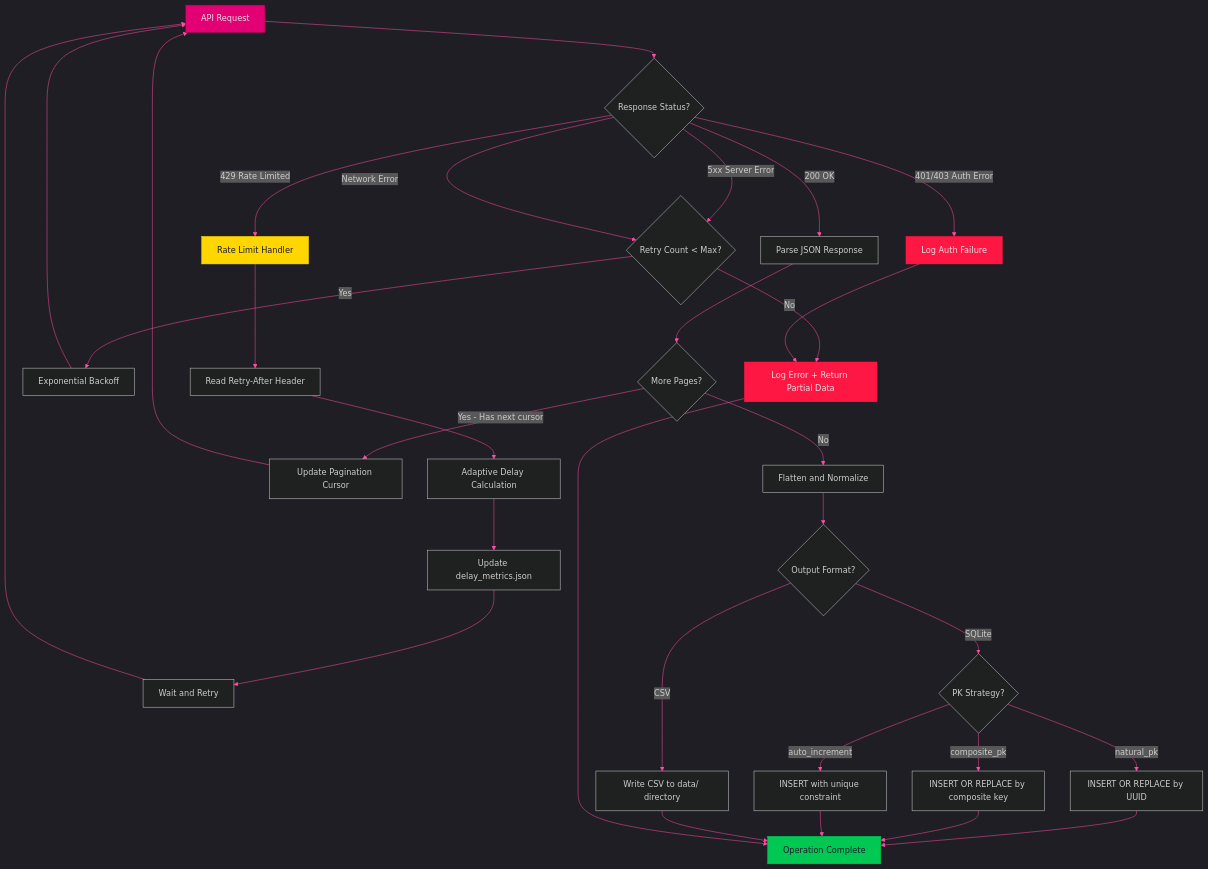
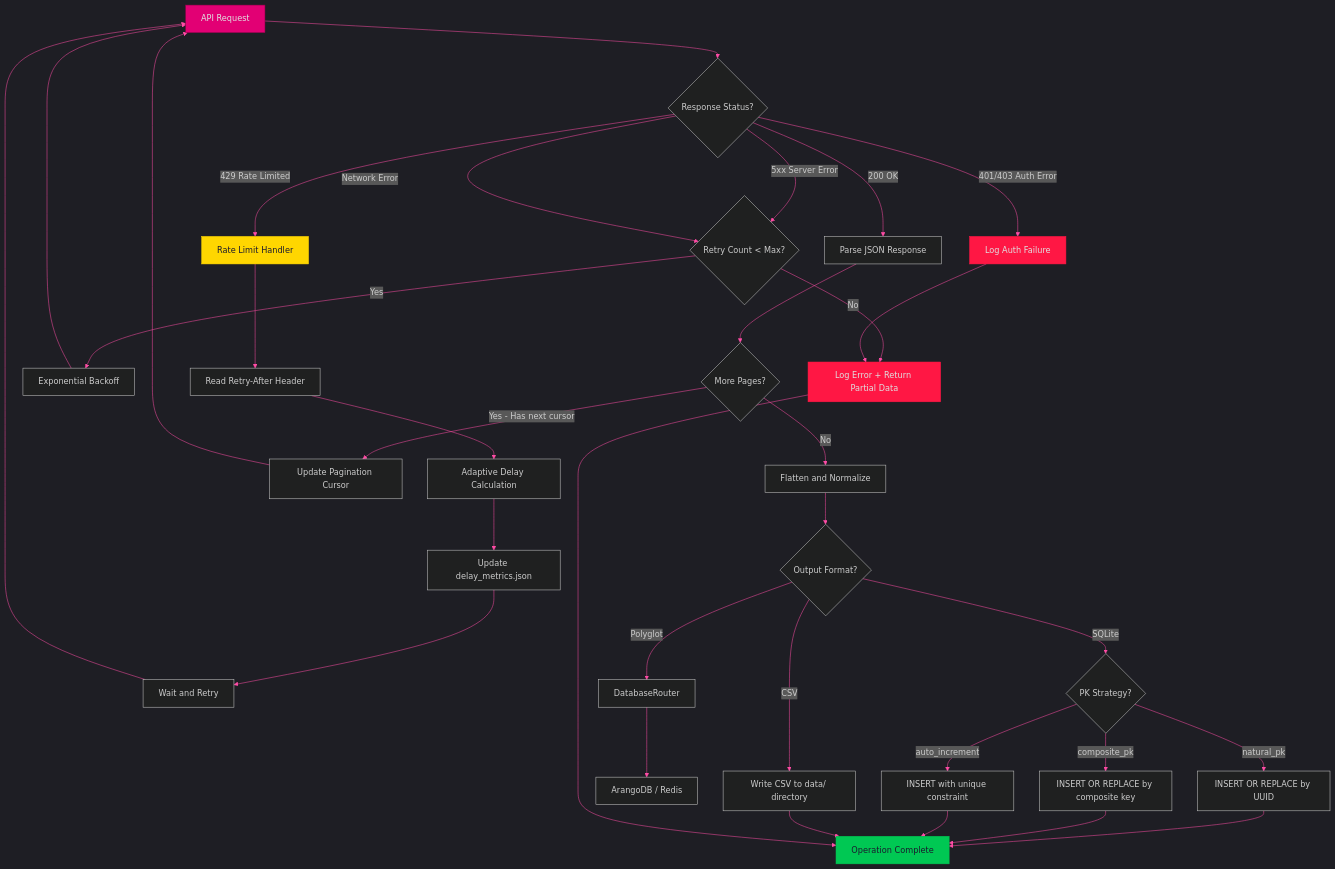
The second of 2 diagrams in documentation/diagrams/core/data-pipeline.md (jmorrison-juniper/MistHelper), drawn with Mermaid before and after one commit. The commit also changed other lines of this file and 44 other files, not shown here.

````diff
--- a/documentation/diagrams/core/data-pipeline.md
+++ b/documentation/diagrams/core/data-pipeline.md
@@ -61,56 +63,58 @@
 ```mermaid
 %%{init: {'theme': 'dark', 'themeVariables': {
   'primaryColor': '#E20074',
   'primaryTextColor': '#E0E0E0',
   'primaryBorderColor': '#99004D',
   'lineColor': '#FF4DA6',
   'secondaryColor': '#16213E',
   'tertiaryColor': '#1A1A2E',
   'fontFamily': 'ui-monospace, monospace'
 }}}%%
 flowchart TD
     A[API Request] --> B{Response Status?}
     
     B -->|200 OK| C[Parse JSON Response]
     B -->|429 Rate Limited| D[Rate Limit Handler]
     B -->|401/403 Auth Error| E[Log Auth Failure]
     B -->|5xx Server Error| F{Retry Count < Max?}
     B -->|Network Error| F
     
     D --> G[Read Retry-After Header]
     G --> H[Adaptive Delay Calculation]
     H --> I[Update delay_metrics.json]
     I --> J[Wait and Retry]
     J --> A
     
     F -->|Yes| K[Exponential Backoff]
     K --> A
     F -->|No| L[Log Error + Return Partial Data]
     
     E --> L
     
     C --> M{More Pages?}
     M -->|Yes - Has next cursor| N[Update Pagination Cursor]
     N --> A
     M -->|No| O[Flatten and Normalize]
     
     O --> P{Output Format?}
     P -->|CSV| Q[Write CSV to data/ directory]
     P -->|SQLite| R{PK Strategy?}
+    P -->|Polyglot| W[DatabaseRouter]
+    W --> X[ArangoDB / Redis]
     
     R -->|natural_pk| S[INSERT OR REPLACE by UUID]
     R -->|composite_pk| T[INSERT OR REPLACE by composite key]
     R -->|auto_increment| U[INSERT with unique constraint]
     
     S --> V[Operation Complete]
     T --> V
     U --> V
     Q --> V
     L --> V
 
     style A fill:#E20074,stroke:#99004D,color:#E0E0E0
     style V fill:#00C853,stroke:#00C853,color:#1A1A2E
     style D fill:#FFD600,stroke:#FFD600,color:#1A1A2E
     style E fill:#FF1744,stroke:#FF1744,color:#E0E0E0
     style L fill:#FF1744,stroke:#FF1744,color:#E0E0E0
 ```
````
